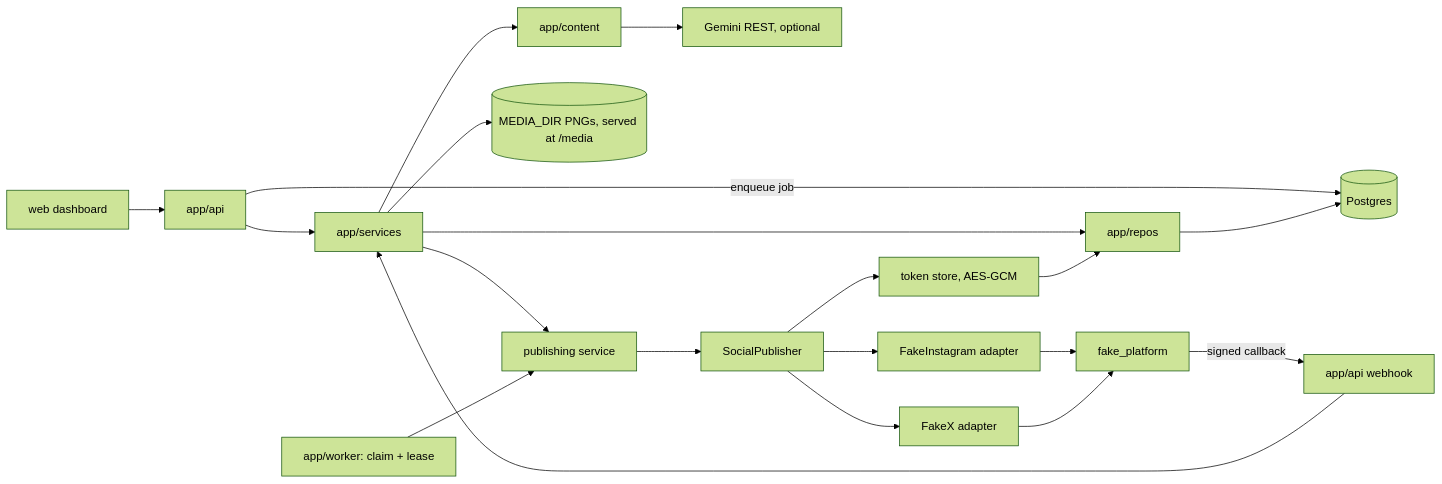
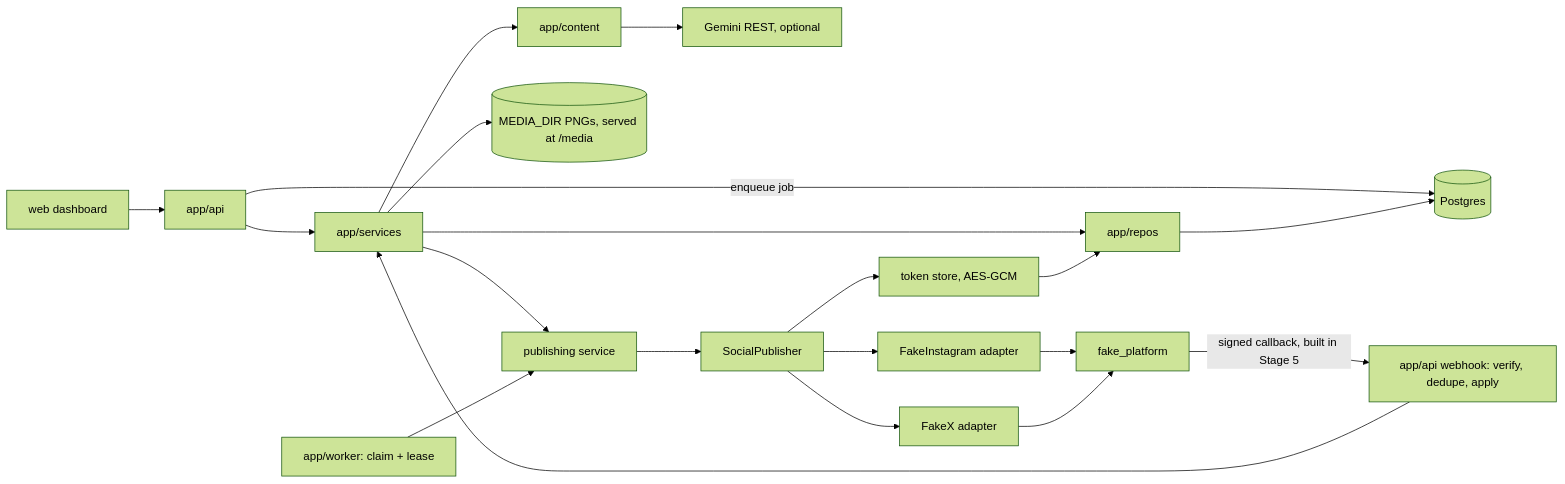
The diagram in vault/Architecture/System Map.md (JuliusNoelMiranda18/SOCIALMEDIAMANAGER), drawn with Mermaid (forest theme) before and after one commit. The commit also changed other lines of this file and 33 other files, not shown here.

First line of the commit message:
Stage 5: signed webhook + status tracking

````diff
--- a/vault/Architecture/System Map.md
+++ b/vault/Architecture/System Map.md
@@ -6,22 +6,22 @@
 ```mermaid
 flowchart LR
   API[app/api] --> SVC[app/services]
   SVC --> REPO[app/repos]
   SVC --> CONTENT[app/content]
   SVC --> MEDIA[(MEDIA_DIR PNGs, served at /media)]
   CONTENT --> LLM[Gemini REST, optional]
   SVC --> PUBSVC[publishing service]
   PUBSVC --> PUB[SocialPublisher]
   PUB --> TOK[token store, AES-GCM]
   TOK --> REPO
   PUB --> AIG[FakeInstagram adapter]
   PUB --> AX[FakeX adapter]
   API -- enqueue job --> DB
   WORKER[app/worker: claim + lease] --> PUBSVC
   AIG --> FAKE[fake_platform]
   AX --> FAKE
-  FAKE -- signed callback --> HOOK[app/api webhook]
+  FAKE -- signed callback, built in Stage 5 --> HOOK[app/api webhook: verify, dedupe, apply]
   HOOK --> SVC
   WEB[web dashboard] --> API
   REPO --> DB[(Postgres)]
 ```
````
